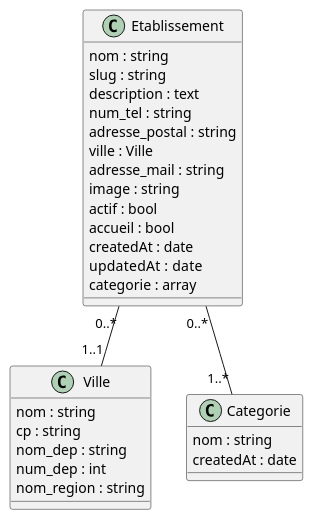
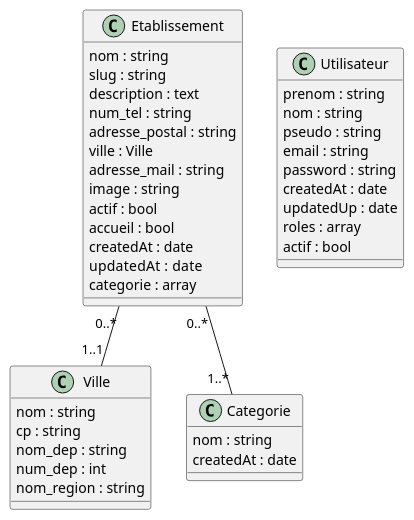
The diagram in documentation/diagrammeDeClasse.puml (zbch00/projet_tourisme), drawn with PlantUML before and after one commit. The commit also changed 20 other files, not shown here.

```diff
--- a/documentation/diagrammeDeClasse.puml
+++ b/documentation/diagrammeDeClasse.puml
@@ -1,37 +1,51 @@
 @startuml
 
 class Etablissement {
     nom : string
     slug : string
     description : text
     num_tel : string
     adresse_postal : string
     ville : Ville
     adresse_mail : string
     image : string
     actif : bool
     accueil : bool
     createdAt : date
     updatedAt  : date
     categorie : array
 }
 
 class Ville {
     nom : string
     cp : string
     nom_dep : string
     num_dep : int
     nom_region : string
 }
 
 class Categorie {
     nom : string
     createdAt : date
 }
 
+class Utilisateur {
+    prenom : string
+    nom : string
+    pseudo : string
+    email : string
+    password : string
+    createdAt : date
+    updatedUp : date
+    roles : array
+    actif : bool
+}
+
+
+
 
 Etablissement "0..*" -- "1..1" Ville
 Etablissement "0..*" -- "1..*" Categorie
 
 
 @enduml
```
